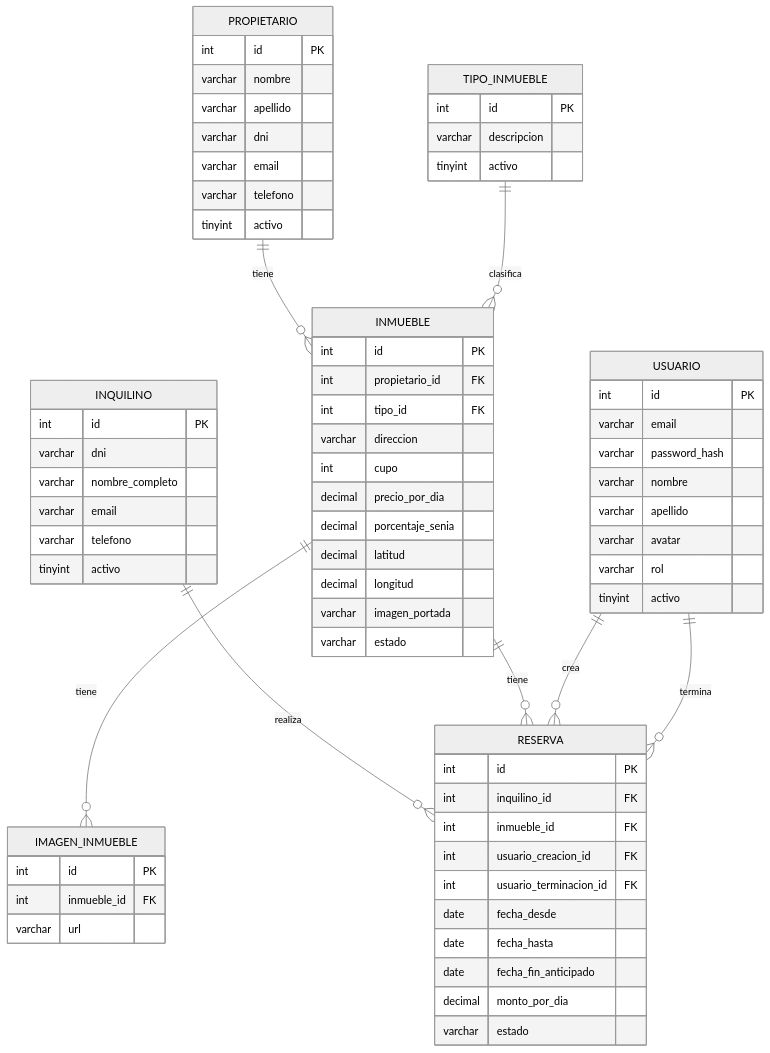
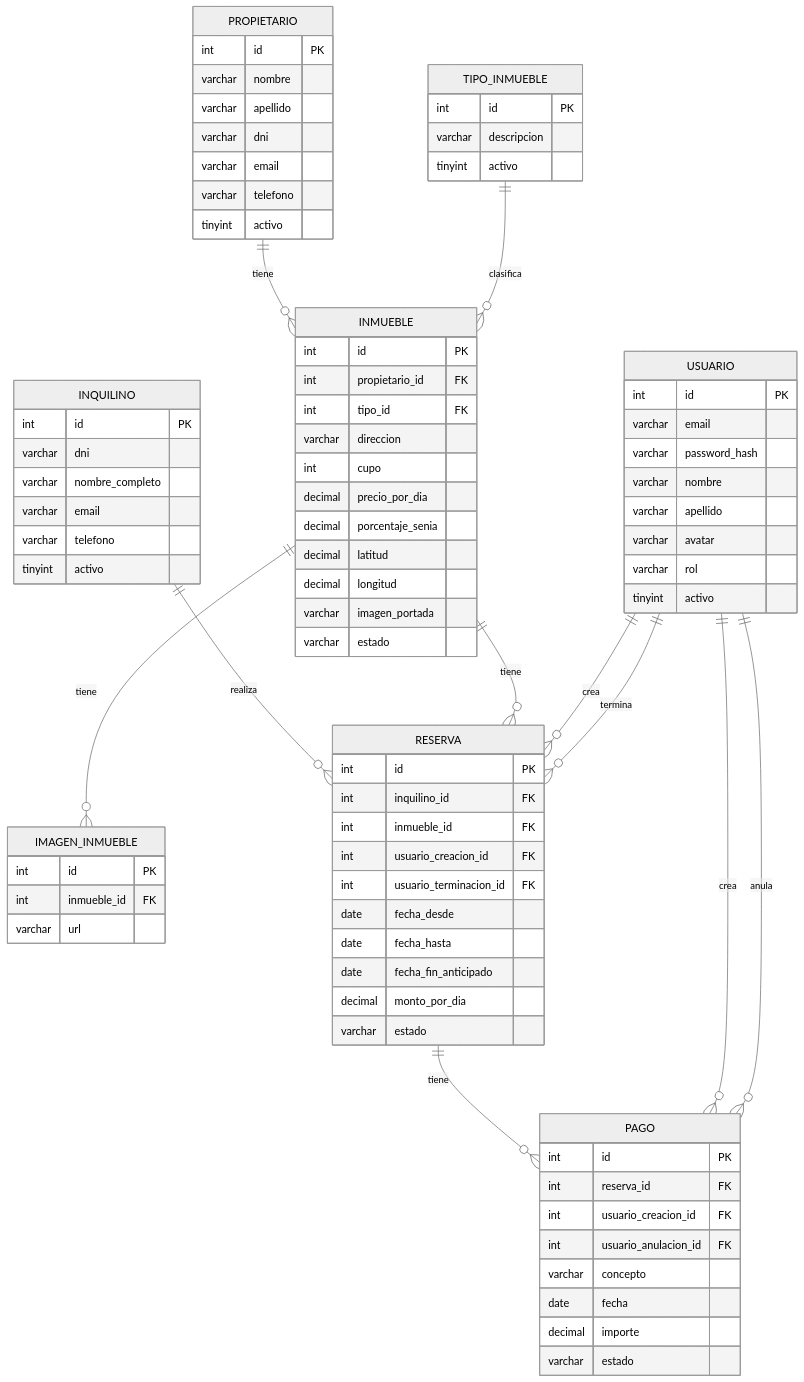
One commit to EmanuelAngel/inmobiliaria-angel changed the diagram in README.md. Above: the diagram before and after it, drawn with Mermaid (neutral theme). The commit also changed other lines of this file, not shown here.

Commit message:
docs(README): especificar tabla PAGO en bd y actualizar DER

````diff
--- a/README.md
+++ b/README.md
@@ -172,11 +172,25 @@
         varchar estado
     }
 
+    PAGO {
+        int id PK
+        int reserva_id FK
+        int usuario_creacion_id FK
+        int usuario_anulacion_id FK
+        varchar concepto
+        date fecha
+        decimal importe
+        varchar estado
+    }
+
     PROPIETARIO ||--o{ INMUEBLE : "tiene"
     TIPO_INMUEBLE ||--o{ INMUEBLE : "clasifica"
     INMUEBLE ||--o{ IMAGEN_INMUEBLE : "tiene"
     INQUILINO ||--o{ RESERVA : "realiza"
     INMUEBLE ||--o{ RESERVA : "tiene"
+    RESERVA ||--o{ PAGO : "tiene"
     USUARIO ||--o{ RESERVA : "crea"
     USUARIO ||--o{ RESERVA : "termina"
+    USUARIO ||--o{ PAGO : "crea"
+    USUARIO ||--o{ PAGO : "anula"
 ```
````
